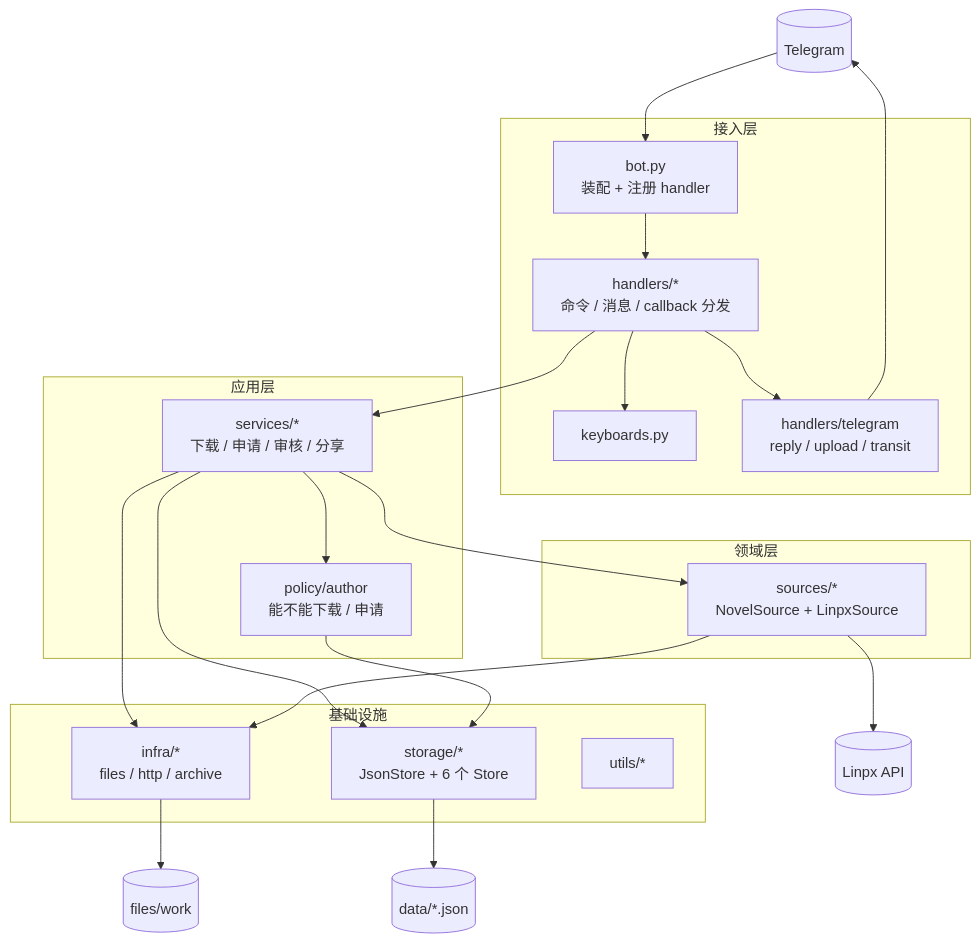
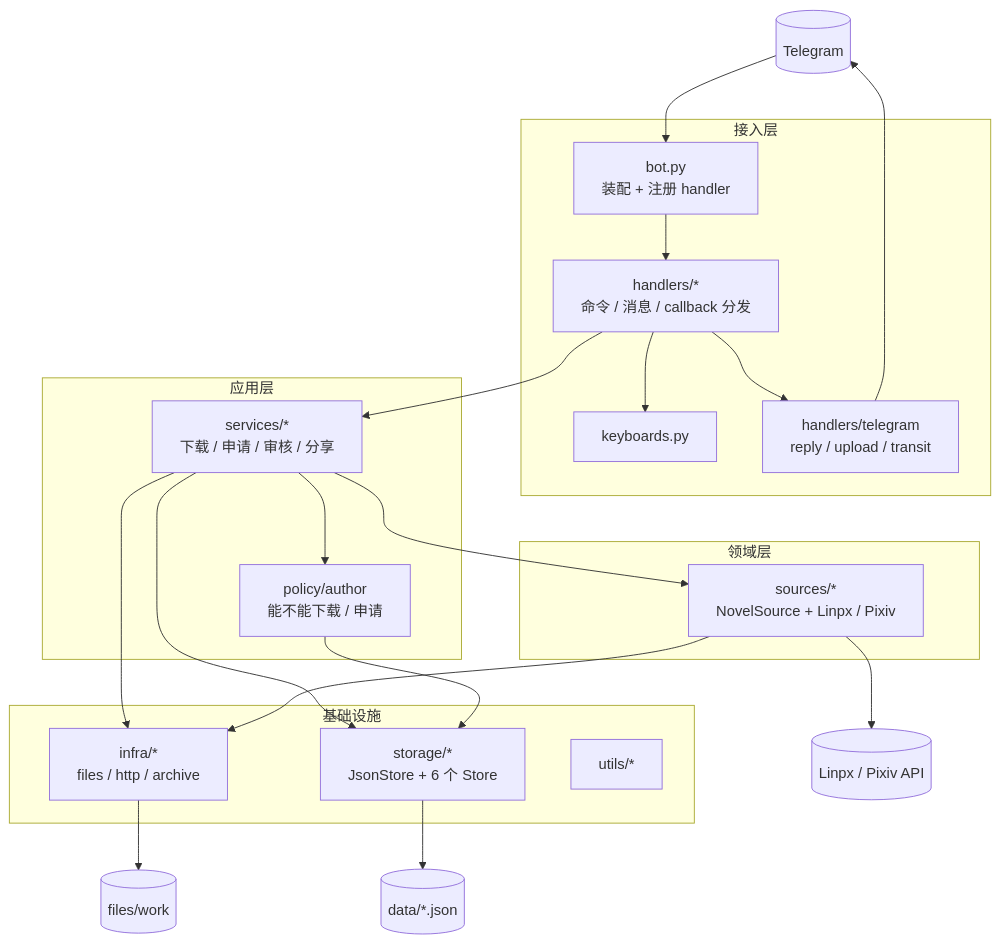
The diagram in docs/03-项目架构说明.md (DowneyRem/FurryReadingBot), drawn with Mermaid before and after one commit. The commit also changed other lines of this file and 8 other files, not shown here.

````diff
--- a/docs/03-项目架构说明.md
+++ b/docs/03-项目架构说明.md
@@ -29,45 +29,45 @@
 ```mermaid
 flowchart TB
     TG[("Telegram")]
-    API[("Linpx API")]
+    API[("Linpx / Pixiv API")]
 
     subgraph 接入层
         BOT["bot.py<br/>装配 + 注册 handler"]
         H["handlers/*<br/>命令 / 消息 / callback 分发"]
         KB[keyboards.py]
         TGA["handlers/telegram<br/>reply / upload / transit"]
     end
 
     subgraph 应用层
         SVC["services/*<br/>下载 / 申请 / 审核 / 分享"]
         POL["policy/author<br/>能不能下载 / 申请"]
     end
 
     subgraph 领域层
-        SRC["sources/*<br/>NovelSource + LinpxSource"]
+        SRC["sources/*<br/>NovelSource + Linpx / Pixiv"]
     end
 
     subgraph 基础设施
         ST["storage/*<br/>JsonStore + 6 个 Store"]
         INF["infra/*<br/>files / http / archive"]
         U["utils/*"]
     end
 
     DATA[("data/*.json")]
     FILES[("files/work")]
 
     TG --> BOT --> H
     H --> TGA
     H --> SVC
     H --> KB
     SVC --> SRC
     SVC --> ST
     SVC --> INF
     SVC --> POL
     POL --> ST
     SRC --> INF
     ST --> DATA
     INF --> FILES
     TGA --> TG
     SRC --> API
 ```
````
